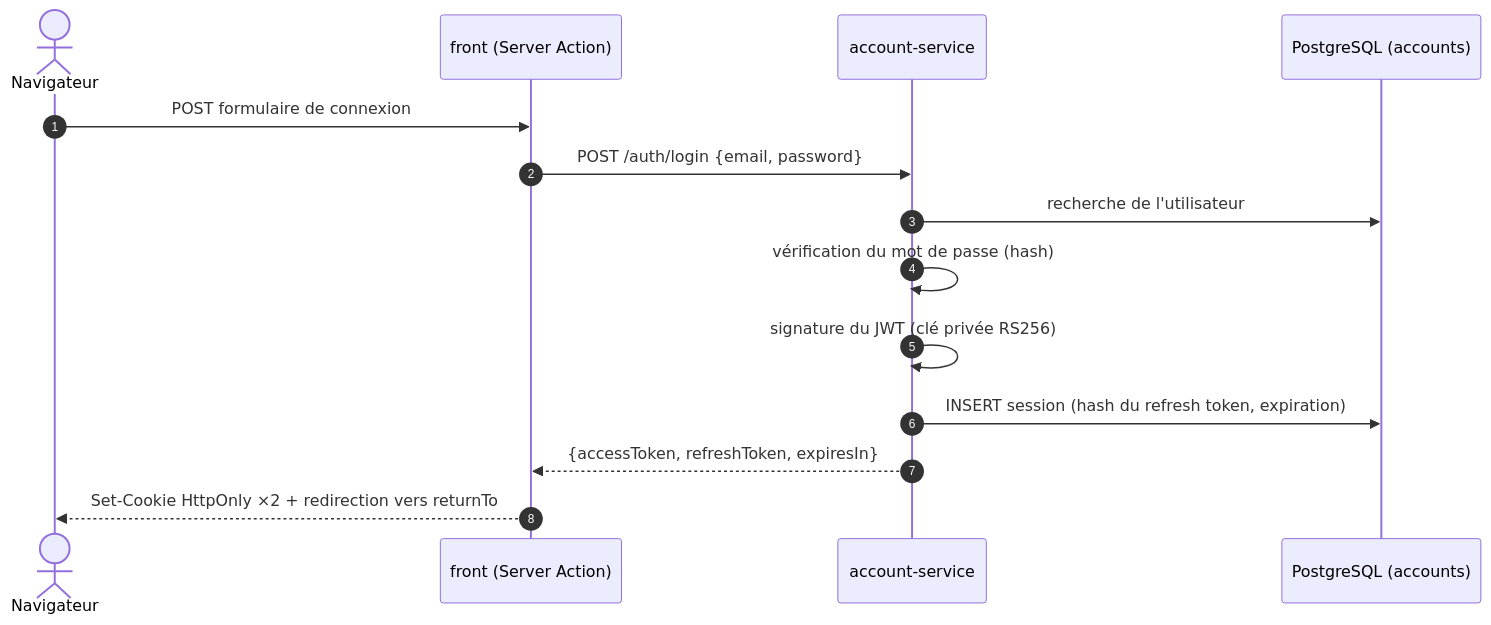
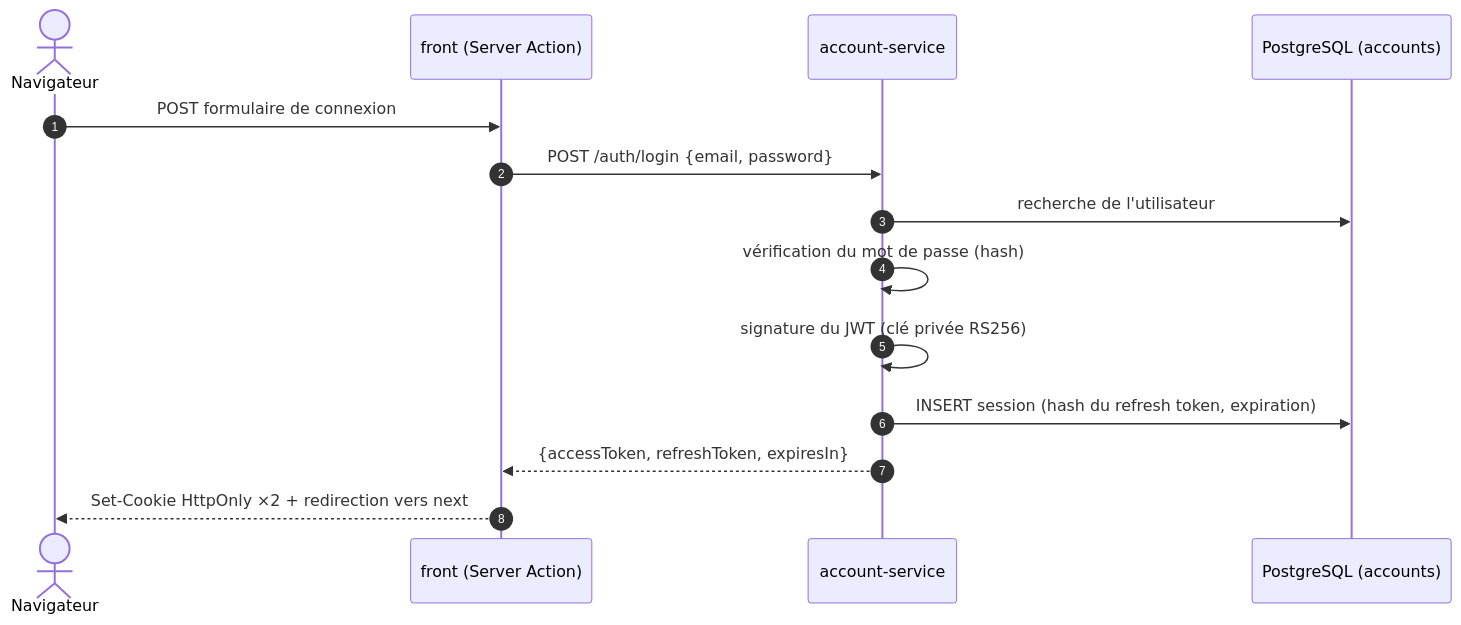
The first of 5 diagrams in docs/02-authentification.md (AntonHarzhanau/Nero-Workout), drawn with Mermaid before and after one commit. The commit also changed other lines of this file and 9 other files, not shown here.

````diff
--- a/docs/02-authentification.md
+++ b/docs/02-authentification.md
@@ -27,17 +27,17 @@
 ```mermaid
 sequenceDiagram
     autonumber
     actor U as Navigateur
     participant F as front (Server Action)
     participant A as account-service
     participant DB as PostgreSQL (accounts)
 
     U->>F: POST formulaire de connexion
     F->>A: POST /auth/login {email, password}
     A->>DB: recherche de l'utilisateur
     A->>A: vérification du mot de passe (hash)
     A->>A: signature du JWT (clé privée RS256)
     A->>DB: INSERT session (hash du refresh token, expiration)
     A-->>F: {accessToken, refreshToken, expiresIn}
-    F-->>U: Set-Cookie HttpOnly ×2 + redirection vers returnTo
+    F-->>U: Set-Cookie HttpOnly ×2 + redirection vers next
 ```
````
